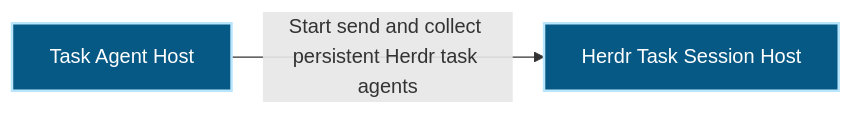
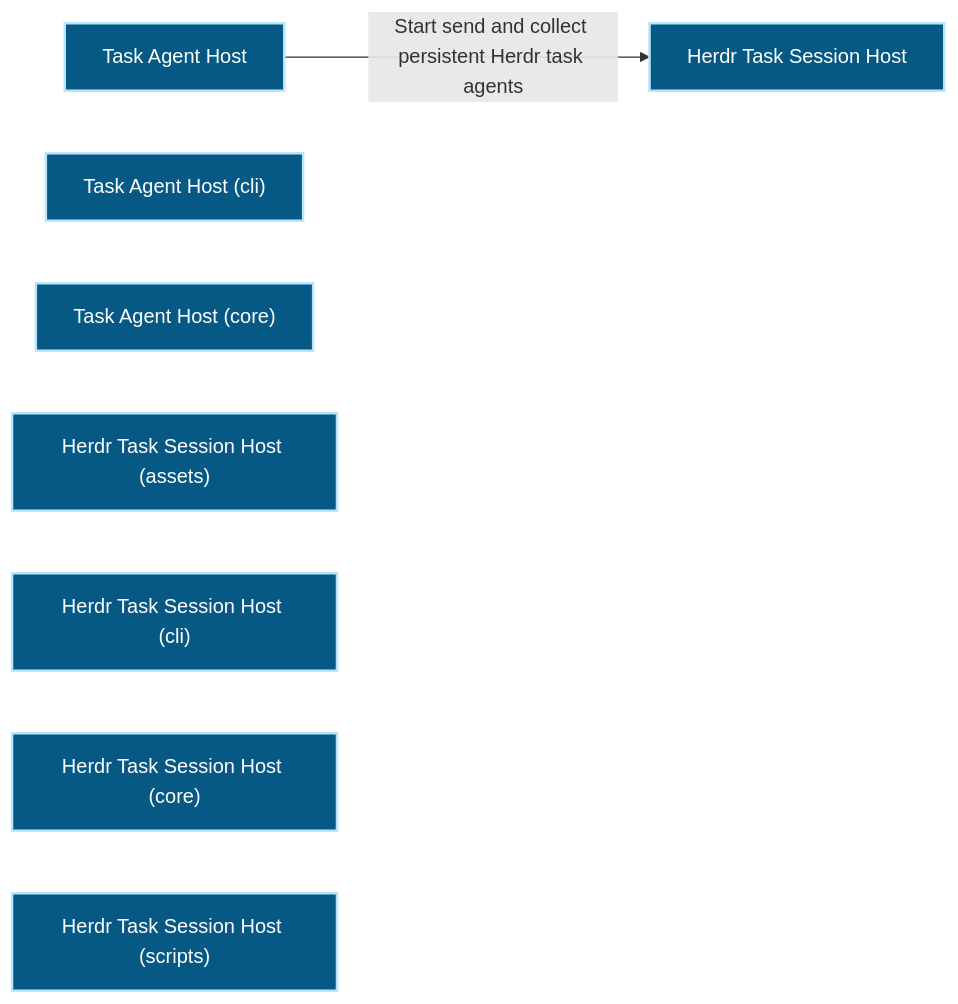
One commit to Ancienttwo/repo-harness changed the first of 2 diagrams in docs/architecture/modules/runtime-harness/task-agent-host.md. Above: the diagram before and after it, drawn with Mermaid. The commit also changed other lines of this file and 32 other files, not shown here.

First line of the commit message:
chore(projection): refresh generated architecture outputs for main@4c37d26d25c7

````diff
--- a/docs/architecture/modules/runtime-harness/task-agent-host.md
+++ b/docs/architecture/modules/runtime-harness/task-agent-host.md
@@ -16,10 +16,16 @@
 ```mermaid
 flowchart LR
   p1_capability_runtime_harness_task_agent_host_d81dadb6["Task Agent Host"]:::component
+  p1_component_task_agent_host_cli_layer_209be438["Task Agent Host (cli)"]:::component
+  p1_component_task_agent_host_core_layer_b57e2a37["Task Agent Host (core)"]:::component
   p1_component_task_agent_host_primary_d8453f09["Herdr Task Session Host"]:::component
+  p1_component_task_agent_host_primary_assets_5212098e["Herdr Task Session Host (assets)"]:::component
+  p1_component_task_agent_host_primary_cli_1076e150["Herdr Task Session Host (cli)"]:::component
+  p1_component_task_agent_host_primary_core_a2a0dfb5["Herdr Task Session Host (core)"]:::component
+  p1_component_task_agent_host_primary_scripts_e0855c5f["Herdr Task Session Host (scripts)"]:::component
   p1_capability_runtime_harness_task_agent_host_d81dadb6 -->|"Start send and collect persistent Herdr task agents"| p1_component_task_agent_host_primary_d8453f09
   classDef actor fill:#111827,color:#ffffff,stroke:#f9fafb,stroke-width:2px
   classDef component fill:#075985,color:#ffffff,stroke:#bae6fd,stroke-width:2px
   classDef datastore fill:#3f6212,color:#ffffff,stroke:#d9f99d,stroke-width:2px
   classDef external fill:#7c2d12,color:#ffffff,stroke:#fed7aa,stroke-width:2px
 ```
````
